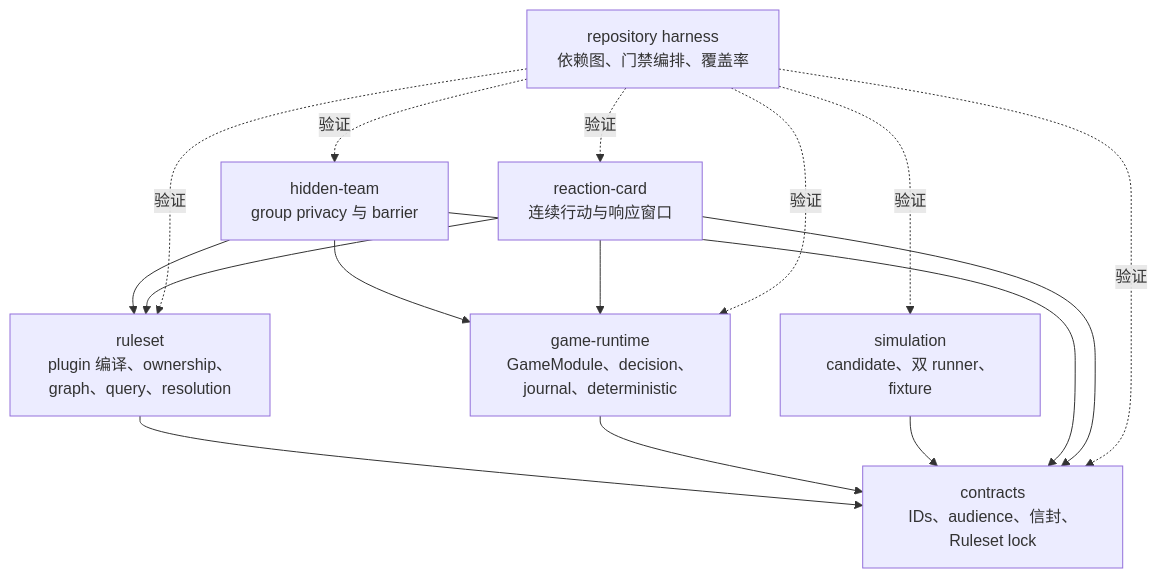
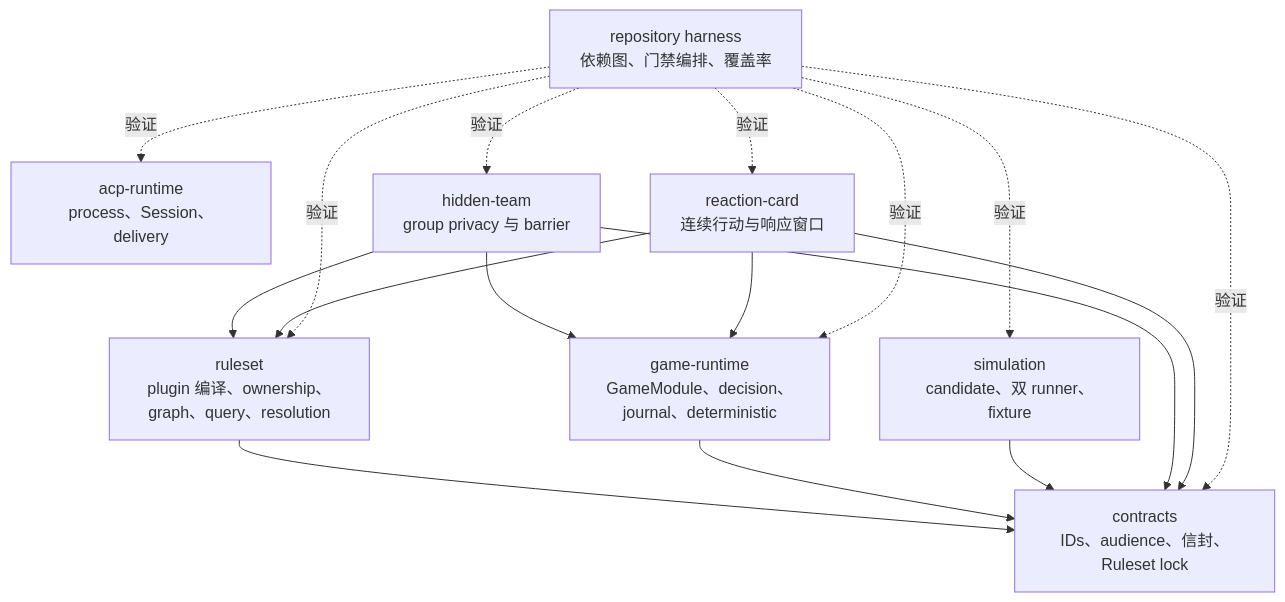
The first of 3 diagrams in docs/architecture.md (renewboy/agent-arena-core), drawn with Mermaid before and after one commit. The commit also changed other lines of this file and 24 other files, not shown here.

Commit message:
feat: add reusable acp session runtime

````diff
--- a/docs/architecture.md
+++ b/docs/architecture.md
@@ -22,26 +24,28 @@
 ```mermaid
 flowchart TB
+    ACP["acp-runtime<br/>process、Session、delivery"]
     Contracts["contracts<br/>IDs、audience、信封、Ruleset lock"]
     Ruleset["ruleset<br/>plugin 编译、ownership、graph、query、resolution"]
     Runtime["game-runtime<br/>GameModule、decision、journal、deterministic"]
     Simulation["simulation<br/>candidate、双 runner、fixture"]
     Hidden["hidden-team<br/>group privacy 与 barrier"]
     Card["reaction-card<br/>连续行动与响应窗口"]
     Harness["repository harness<br/>依赖图、门禁编排、覆盖率"]
 
     Ruleset --> Contracts
     Runtime --> Contracts
     Simulation --> Contracts
     Hidden --> Contracts
     Hidden --> Ruleset
     Hidden --> Runtime
     Card --> Contracts
     Card --> Ruleset
     Card --> Runtime
     Harness -.验证.-> Contracts
+    Harness -.验证.-> ACP
     Harness -.验证.-> Ruleset
     Harness -.验证.-> Runtime
     Harness -.验证.-> Simulation
     Harness -.验证.-> Hidden
     Harness -.验证.-> Card
 ```
````
